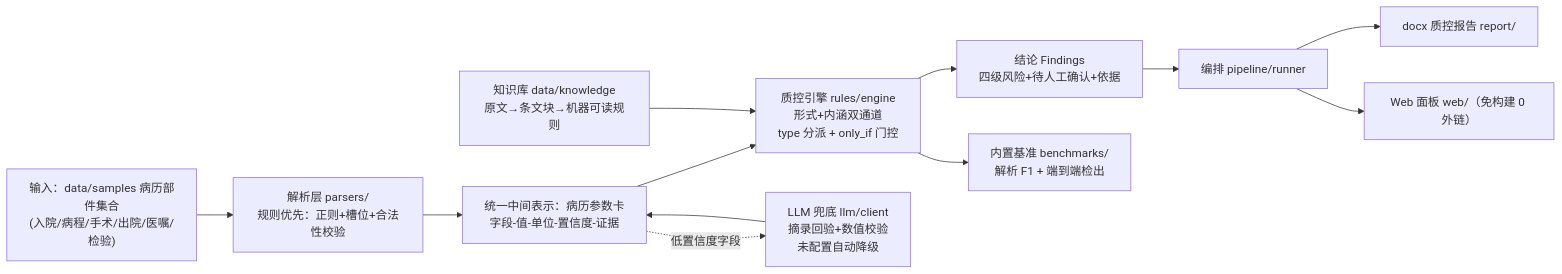
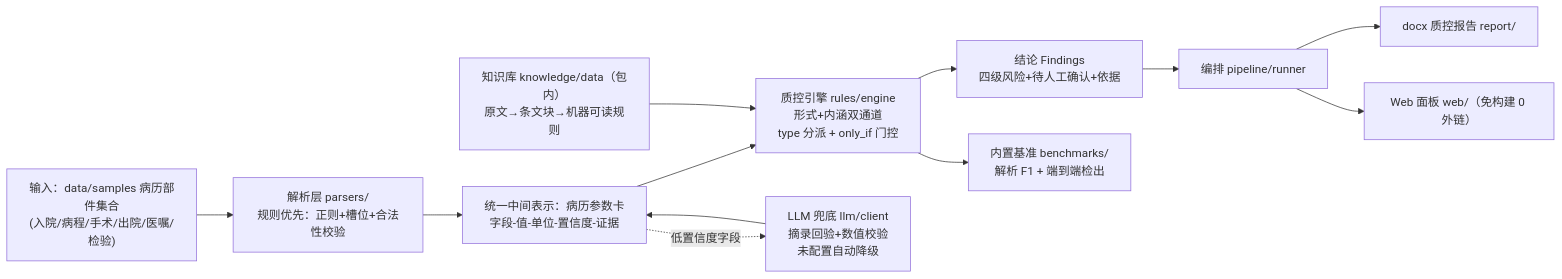
The diagram in plan/03-架构与技术选型.md (yuluo554/medical-record-quality-checker), drawn with Mermaid before and after one commit. The commit also changed other lines of this file and 36 other files, not shown here.

````diff
--- a/plan/03-架构与技术选型.md
+++ b/plan/03-架构与技术选型.md
@@ -7,14 +7,14 @@
 ```mermaid
 flowchart LR
     A["输入：data/samples 病历部件集合<br/>(入院/病程/手术/出院/医嘱/检验)"] --> B["解析层 parsers/<br/>规则优先：正则+槽位+合法性校验"]
     B --> C["统一中间表示：病历参数卡<br/>字段-值-单位-置信度-证据"]
     C --> D["质控引擎 rules/engine<br/>形式+内涵双通道<br/>type 分派 + only_if 门控"]
-    K["知识库 data/knowledge<br/>原文→条文块→机器可读规则"] --> D
+    K["知识库 knowledge/data（包内）<br/>原文→条文块→机器可读规则"] --> D
     C -. 低置信度字段 .-> E["LLM 兜底 llm/client<br/>摘录回验+数值校验<br/>未配置自动降级"]
     E --> C
     D --> F["结论 Findings<br/>四级风险+待人工确认+依据"]
     F --> G["编排 pipeline/runner"]
     G --> H["docx 质控报告 report/"]
     G --> I["Web 面板 web/（免构建 0 外链）"]
     D --> J["内置基准 benchmarks/<br/>解析 F1 + 端到端检出"]
 ```
````
